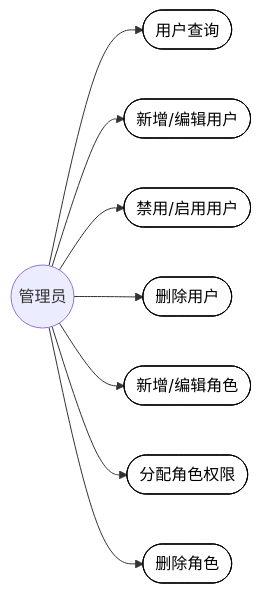
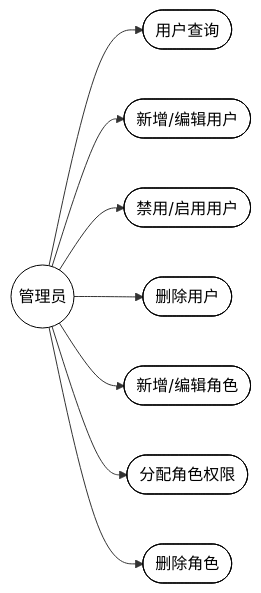
The seventh of 24 diagrams in docs/功能需求分析与用例图.md (carl-Tu/campus-management), drawn with Mermaid before and after one commit. The commit also changed other lines of this file, not shown here.

Commit message:
fix：图形统一白色背景黑色边框，样式覆盖全部节点

````diff
--- a/docs/功能需求分析与用例图.md
+++ b/docs/功能需求分析与用例图.md
@@ -184,22 +184,22 @@
 ```mermaid
 flowchart LR
   Admin(("管理员"))
   UC1(["用户查询"])
   UC2(["新增/编辑用户"])
   UC3(["禁用/启用用户"])
   UC4(["删除用户"])
   UC5(["新增/编辑角色"])
   UC6(["分配角色权限"])
   UC7(["删除角色"])
 
   Admin --> UC1
   Admin --> UC2
   Admin --> UC3
   Admin --> UC4
   Admin --> UC5
   Admin --> UC6
   Admin --> UC7
 
   classDef uc fill:#ffffff,stroke:#000000,stroke-width:1px,color:#000000
-  class UC1,UC2,UC3,UC4,UC5,UC6,UC7 uc
+  class Admin,UC1,UC2,UC3,UC4,UC5,UC6,UC7 uc
 ```
````
